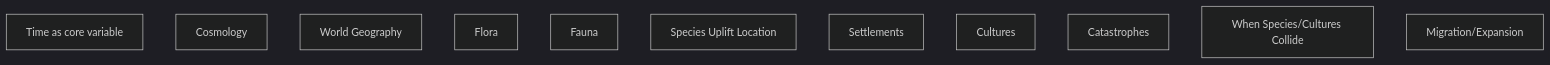
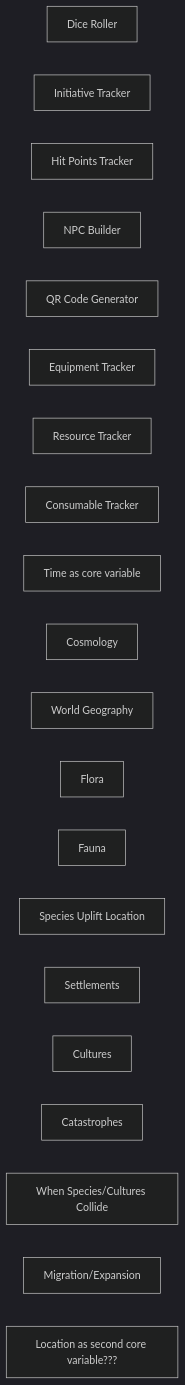
The diagram in docs/blog/posts/240311.md (Half-Guinea-Press/thistle_octopus), drawn with Mermaid (dark theme) before and after one commit. The commit also changed other lines of this file, not shown here.

````diff
--- a/docs/blog/posts/240311.md
+++ b/docs/blog/posts/240311.md
@@ -21,14 +9,25 @@
 ``` mermaid
-graph TD
-  A[Time as core variable]
-  B[Cosmology]
-  C[World Geography]
-  D[Flora]
-  E[Fauna]
-  F[Species Uplift Location]
-  G[Settlements]
-  H[Cultures]
-  I[Catastrophes]
-  J[When Species/Cultures Collide]
-  K[Migration/Expansion]
+graph LR
+
+  DMH1[Dice Roller]
+  DMH2[Initiative Tracker]
+  DMH3[Hit Points Tracker]
+  DMH4[NPC Builder]
+  DMH5[QR Code Generator]
+  DMH6[Equipment Tracker]
+  DMH7[Resource Tracker]
+  DMH8[Consumable Tracker]
+  WB1[Time as core variable]
+  WB2[Cosmology]
+  WB3[World Geography]
+  WB4[Flora]
+  WB5[Fauna]
+  WB6[Species Uplift Location]
+  WB7[Settlements]
+  WB8[Cultures]
+  WB9[Catastrophes]
+  WB10[When Species/Cultures Collide]
+  WB11[Migration/Expansion]
+  WB12[Location as second core variable???]
+
 ```
````
